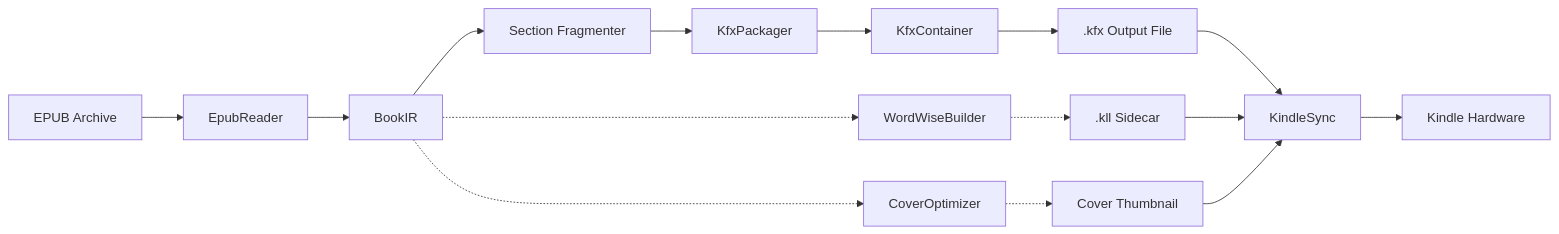
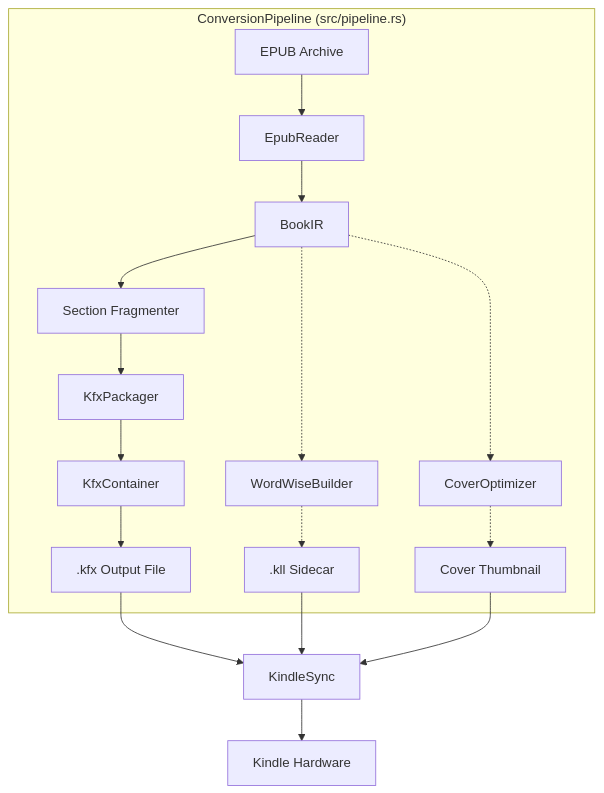
One commit to hwanjongyu/kfx_converter changed the diagram in docs/ARCHITECTURE.md. Above: the diagram before and after it, drawn with Mermaid. The commit also changed other lines of this file and 8 other files, not shown here.

````diff
--- a/docs/ARCHITECTURE.md
+++ b/docs/ARCHITECTURE.md
@@ -20,17 +20,19 @@
 ```mermaid
-flowchart LR
-    A[EPUB Archive] --> B[EpubReader]
-    B --> C[BookIR]
-    C --> D[Section Fragmenter]
-    D --> E[KfxPackager]
-    E --> F[KfxContainer]
-    F --> G[.kfx Output File]
-    C -.-> H[WordWiseBuilder]
-    C -.-> I[CoverOptimizer]
-    H -.-> J[.kll Sidecar]
-    I -.-> K[Cover Thumbnail]
+flowchart TD
+    subgraph Facade["ConversionPipeline (src/pipeline.rs)"]
+        A[EPUB Archive] --> B[EpubReader]
+        B --> C[BookIR]
+        C --> D[Section Fragmenter]
+        D --> E[KfxPackager]
+        E --> F[KfxContainer]
+        F --> G[.kfx Output File]
+        C -.-> H[WordWiseBuilder]
+        C -.-> I[CoverOptimizer]
+        H -.-> J[.kll Sidecar]
+        I -.-> K[Cover Thumbnail]
+    end
     G --> L[KindleSync]
     J --> L
     K --> L
     L --> M[Kindle Hardware]
 ```
````
